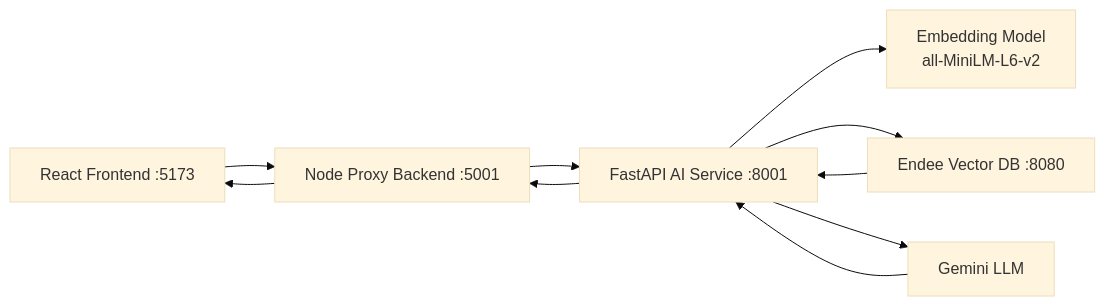
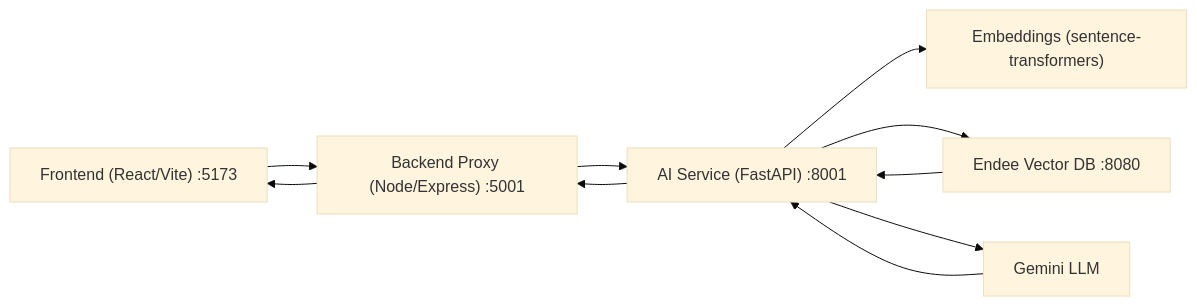
Before and after one commit to text-ashish/nutrisense-endee-rag: the diagram in README.md, drawn with Mermaid (base theme). The commit also changed other lines of this file and 4 other files, not shown here.

````diff
--- a/README.md
+++ b/README.md
@@ -27,12 +29,12 @@
 ```mermaid
 flowchart LR
-  UI[React Frontend :5173] --> API[Node Proxy Backend :5001]
-  API --> AI[FastAPI AI Service :8001]
-  AI --> EMB[Embedding Model
-all-MiniLM-L6-v2]
-  AI --> ENDEE[Endee Vector DB :8080]
-  AI --> LLM[Gemini LLM]
-  ENDEE --> AI
-  LLM --> AI
-  AI --> API --> UI
+  UI["Frontend (React/Vite) :5173"] --> API["Backend Proxy (Node/Express) :5001"]
+  API --> AISVC["AI Service (FastAPI) :8001"]
+  AISVC --> EMB["Embeddings (sentence-transformers)"]
+  AISVC --> ENDEE["Endee Vector DB :8080"]
+  AISVC --> LLM["Gemini LLM"]
+  ENDEE --> AISVC
+  LLM --> AISVC
+  AISVC --> API
+  API --> UI
 ```
````
